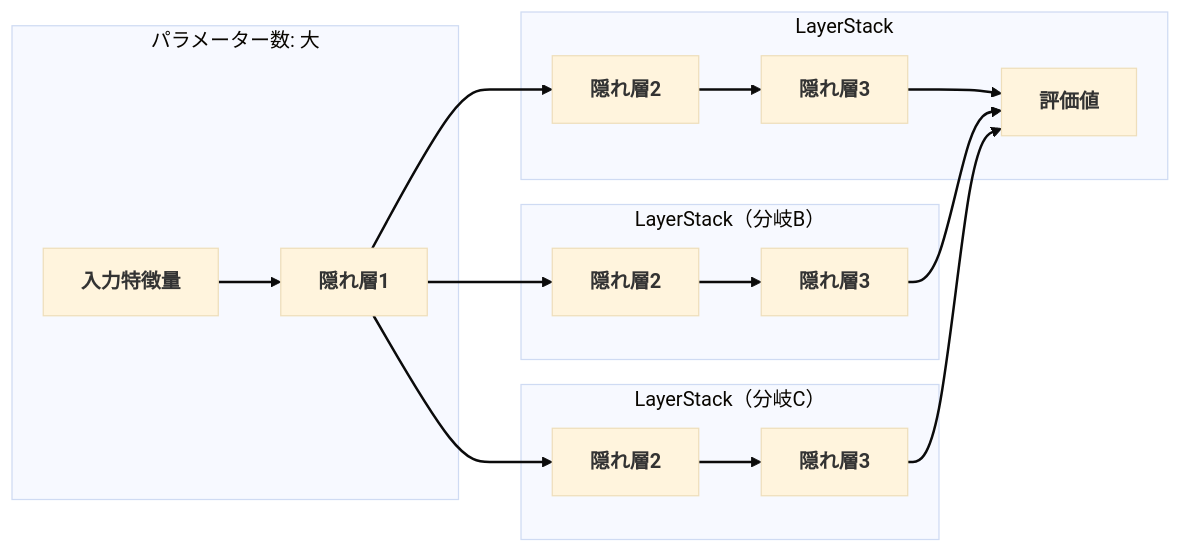
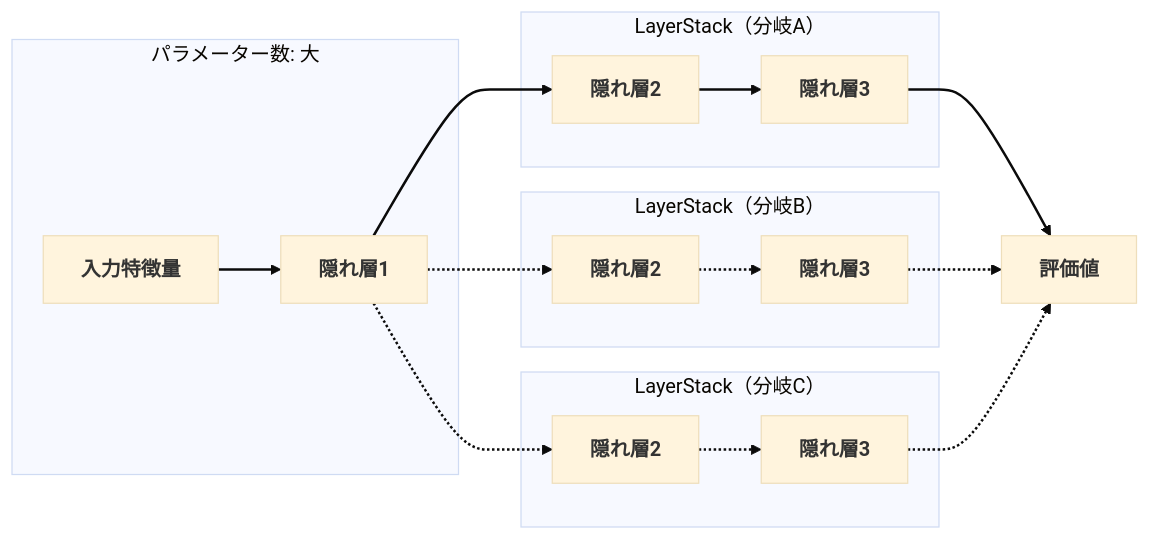
The fifth of 5 diagrams in slides.md (nodchip/coding-agent-shogi-ai-talk), drawn with Mermaid (base theme) before and after one commit. The commit also changed other lines of this file, not shown here.

````diff
--- a/slides.md
+++ b/slides.md
@@ -348,25 +348,25 @@
 ```mermaid
 %%{init: {'flowchart': {'useMaxWidth': true}}}%%
 flowchart LR
   subgraph "パラメーター数: 大"
     I[入力特徴量] --> A1[隠れ層1]
   end
   A1 --> A2
-  A1 --> B2
-  A1 --> C2
-  subgraph "LayerStack"
+  A1 -.-> B2
+  A1 -.-> C2
+  subgraph "LayerStack（分岐A）"
     A2[隠れ層2] --> A3[隠れ層3]
-    A3 --> O[評価値]
   end
   subgraph "LayerStack（分岐B）"
-    B2[隠れ層2] --> B3[隠れ層3]
-    B3 --> O[評価値]
+    B2[隠れ層2] -.-> B3[隠れ層3]
   end
   subgraph "LayerStack（分岐C）"
-    C2[隠れ層2] --> C3[隠れ層3]
-    C3 --> O[評価値]
+    C2[隠れ層2] -.-> C3[隠れ層3]
   end
+  A3 --> O[評価値]
+  B3 -.-> O
+  C3 -.-> O
 
   classDef default font-weight:700;
   linkStyle default stroke-width:2px;
 ```
````
